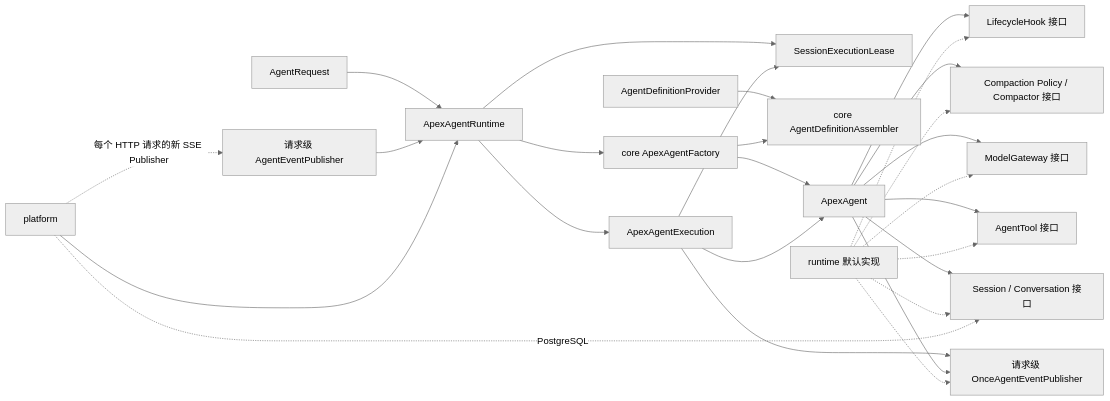
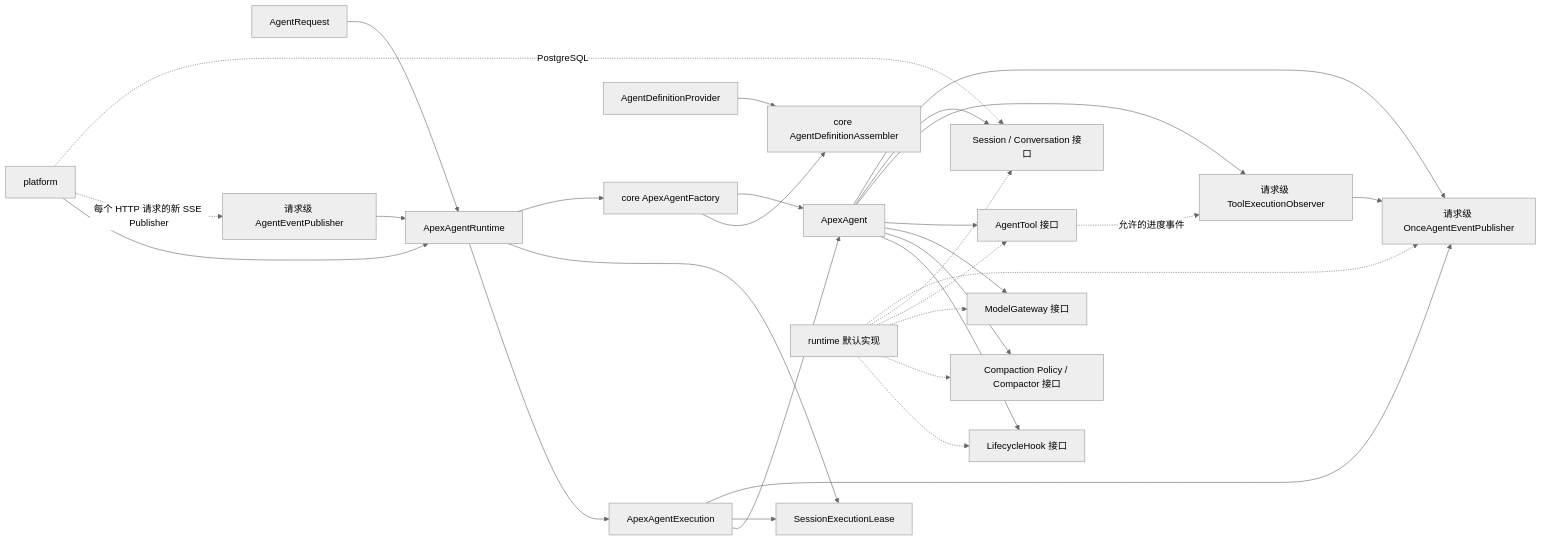
The fourth of 4 diagrams in docs/refact/specs/2026-07-28-apex-agent-backend-refactoring-design.md (gemo12123/apex-agent), drawn with Mermaid (neutral theme) before and after one commit. The commit also changed other lines of this file and 13 other files, not shown here.

````diff
--- a/docs/refact/specs/2026-07-28-apex-agent-backend-refactoring-design.md
+++ b/docs/refact/specs/2026-07-28-apex-agent-backend-refactoring-design.md
@@ -2121,31 +2165,34 @@
 ```mermaid
 flowchart LR
     Request["AgentRequest"] --> Runtime["ApexAgentRuntime"]
     RequestPublisher["请求级 AgentEventPublisher"] --> Runtime
     Runtime --> Execution["ApexAgentExecution"]
     Runtime --> Lease["SessionExecutionLease"]
     Definition["AgentDefinitionProvider"] --> Assembler["core AgentDefinitionAssembler"]
     Runtime --> Factory["core ApexAgentFactory"]
     Factory --> Assembler
     Factory --> Agent["ApexAgent"]
     Execution --> Agent
     Execution --> Lease
     Execution --> Events["请求级 OnceAgentEventPublisher"]
     Agent --> Hooks["LifecycleHook 接口"]
     Agent --> Compaction["Compaction Policy / Compactor 接口"]
     Agent --> Model["ModelGateway 接口"]
     Agent --> Tools["AgentTool 接口"]
+    Agent --> ToolObserver["请求级 ToolExecutionObserver"]
+    Tools -. "允许的进度事件" .-> ToolObserver
+    ToolObserver --> Events
     Agent --> Stores["Session / Conversation 接口"]
     Agent --> Events
 
     RuntimeImpl["runtime 默认实现"] -.-> Hooks
     RuntimeImpl -.-> Compaction
     RuntimeImpl -.-> Model
     RuntimeImpl -.-> Tools
     RuntimeImpl -.-> Stores
     RuntimeImpl -.-> Events
 
     Platform["platform"] --> Runtime
     Platform -. "每个 HTTP 请求的新 SSE Publisher" .-> RequestPublisher
     Platform -. "PostgreSQL" .-> Stores
 ```
````
